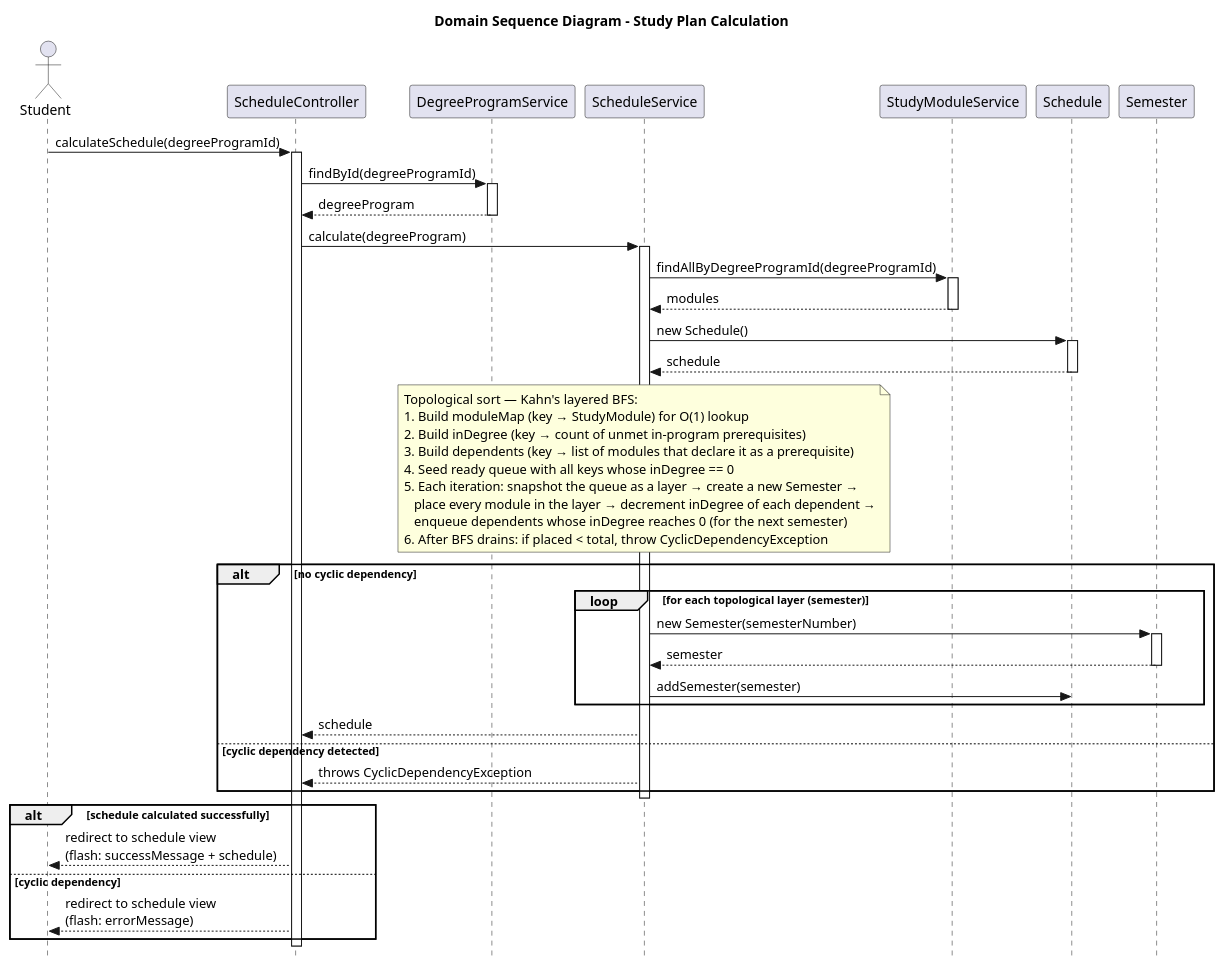
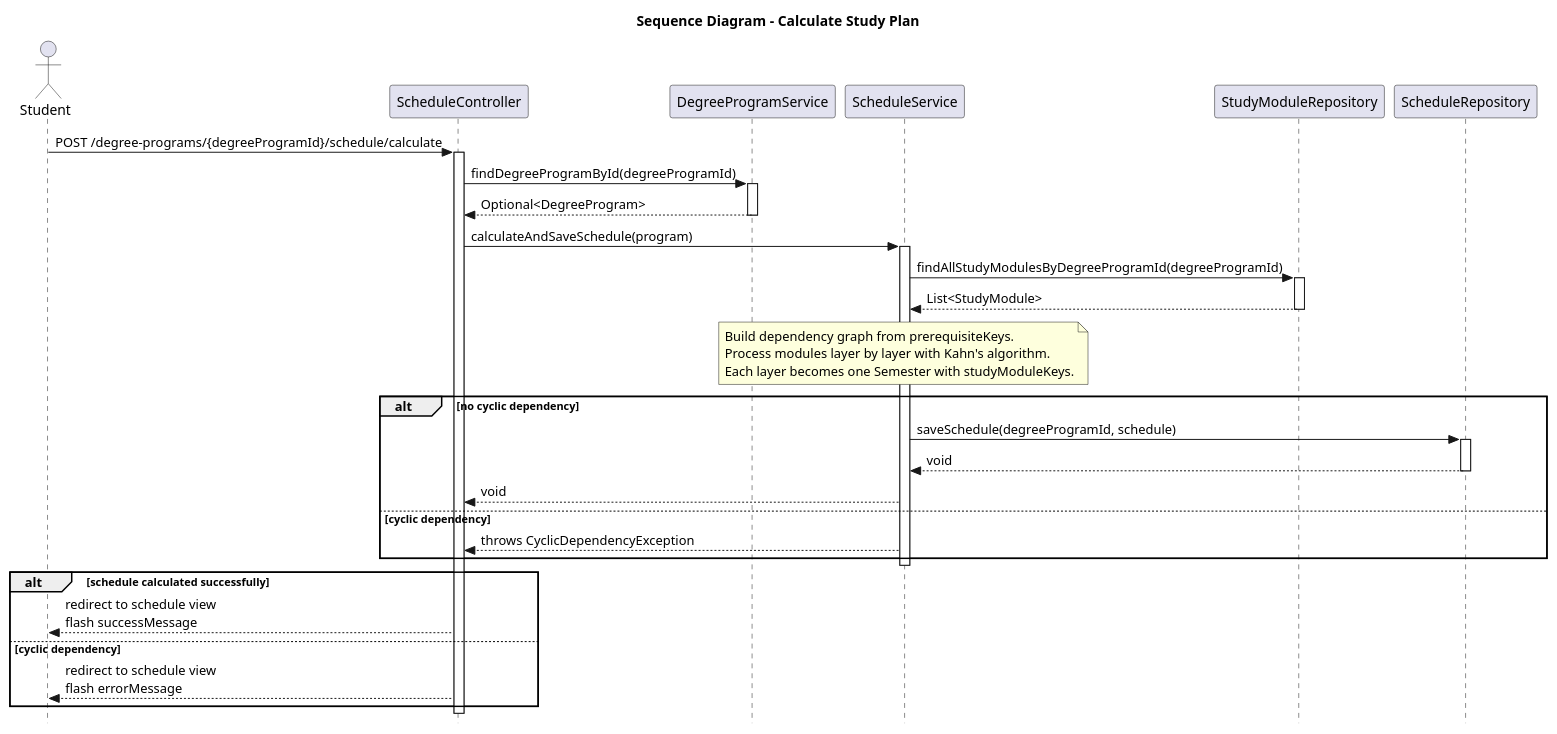
One commit to Ginimo/Studyplanner changed the diagram in docs/diagrams/domain_sequence_diagram.puml. Above: the diagram before and after it, drawn with PlantUML. The commit also changed 7 other files, not shown here.

Commit message:
Updated diagrams after consistency check

```diff
--- a/docs/diagrams/domain_sequence_diagram.puml
+++ b/docs/diagrams/domain_sequence_diagram.puml
@@ -1,68 +1,53 @@
 @startuml
 skinparam style strictuml
-title Domain Sequence Diagram - Study Plan Calculation
+title Sequence Diagram - Calculate Study Plan
 
 actor Student
 participant "ScheduleController" as SC
 participant "DegreeProgramService" as DPS
 participant "ScheduleService" as SS
-participant "StudyModuleService" as SMS
-participant "Schedule" as S
-participant "Semester" as Sem
+participant "StudyModuleRepository" as SMR
+participant "ScheduleRepository" as SR
 
-Student -> SC : calculateSchedule(degreeProgramId)
+Student -> SC : POST /degree-programs/{degreeProgramId}/schedule/calculate
 activate SC
 
-SC -> DPS : findById(degreeProgramId)
+SC -> DPS : findDegreeProgramById(degreeProgramId)
 activate DPS
-DPS --> SC : degreeProgram
+DPS --> SC : Optional<DegreeProgram>
 deactivate DPS
 
-SC -> SS : calculate(degreeProgram)
+SC -> SS : calculateAndSaveSchedule(program)
 activate SS
 
-SS -> SMS : findAllByDegreeProgramId(degreeProgramId)
-activate SMS
-SMS --> SS : modules
-deactivate SMS
-
-SS -> S : new Schedule()
-activate S
-S --> SS : schedule
-deactivate S
+SS -> SMR : findAllStudyModulesByDegreeProgramId(degreeProgramId)
+activate SMR
+SMR --> SS : List<StudyModule>
+deactivate SMR
 
 note over SS
-  Topological sort — Kahn's layered BFS:
-  1. Build moduleMap (key → StudyModule) for O(1) lookup
-  2. Build inDegree (key → count of unmet in-program prerequisites)
-  3. Build dependents (key → list of modules that declare it as a prerequisite)
-  4. Seed ready queue with all keys whose inDegree == 0
-  5. Each iteration: snapshot the queue as a layer → create a new Semester →
-     place every module in the layer → decrement inDegree of each dependent →
-     enqueue dependents whose inDegree reaches 0 (for the next semester)
-  6. After BFS drains: if placed < total, throw CyclicDependencyException
+  Build dependency graph from prerequisiteKeys.
+  Process modules layer by layer with Kahn's algorithm.
+  Each layer becomes one Semester with studyModuleKeys.
 end note
 
 alt no cyclic dependency
-    loop for each topological layer (semester)
-        SS -> Sem : new Semester(semesterNumber)
-        activate Sem
-        Sem --> SS : semester
-        deactivate Sem
-        SS -> S : addSemester(semester)
-    end
-    SS --> SC : schedule
-else cyclic dependency detected
+    SS -> SR : saveSchedule(degreeProgramId, schedule)
+    activate SR
+    SR --> SS : void
+    deactivate SR
+    SS --> SC : void
+else cyclic dependency
     SS --> SC : throws CyclicDependencyException
 end
 
 deactivate SS
 
 alt schedule calculated successfully
-    SC --> Student : redirect to schedule view\n(flash: successMessage + schedule)
+    SC --> Student : redirect to schedule view\nflash successMessage
 else cyclic dependency
-    SC --> Student : redirect to schedule view\n(flash: errorMessage)
+    SC --> Student : redirect to schedule view\nflash errorMessage
 end
 
 deactivate SC
 @enduml
```
